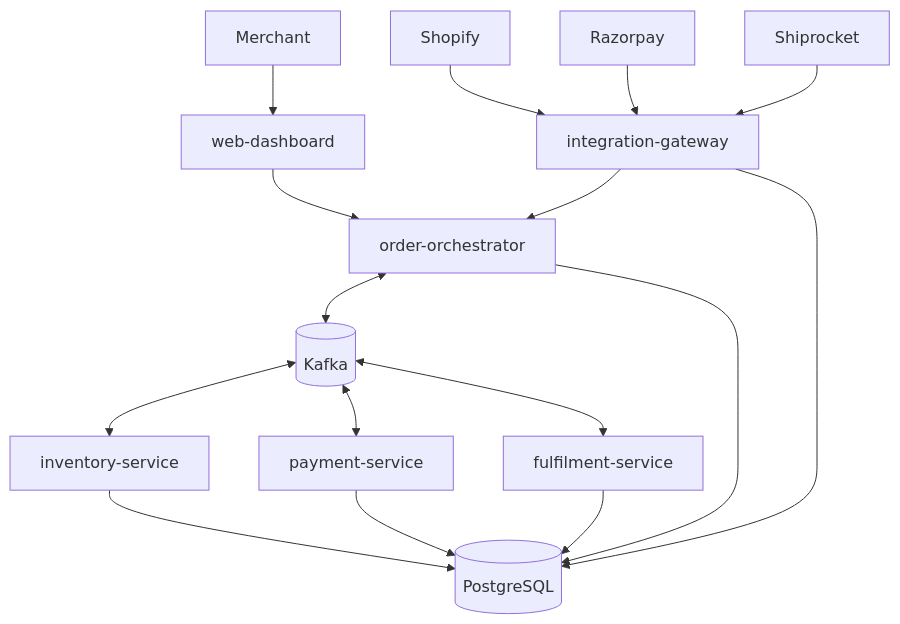
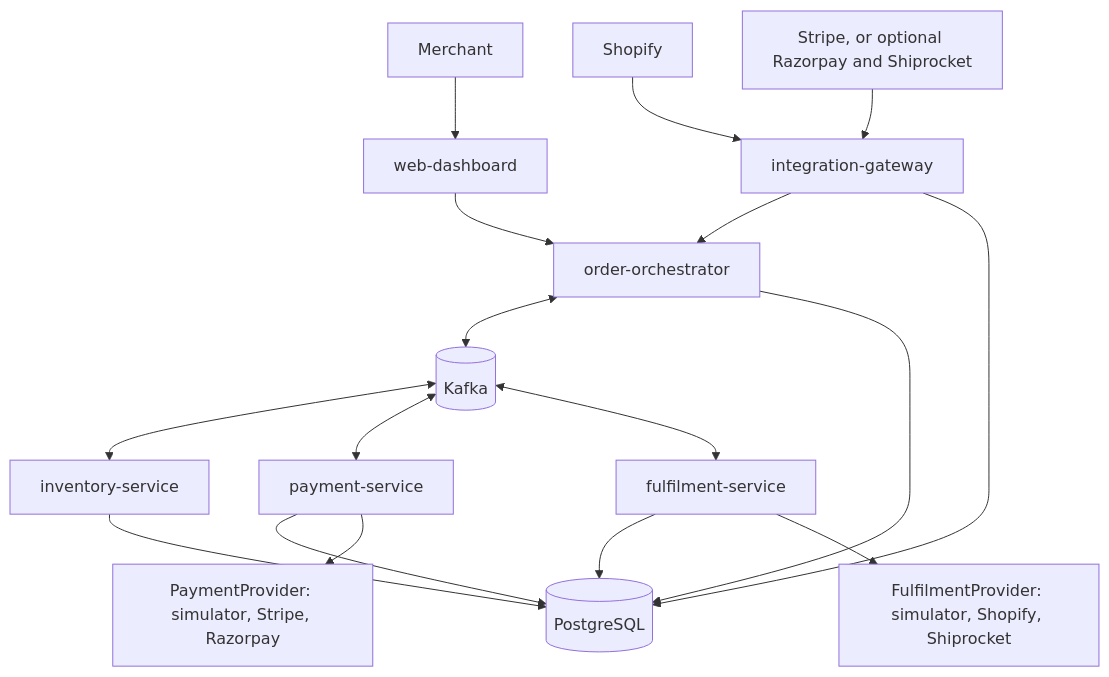
The diagram in docs/ARCHITECTURE.md (jagat546/orderloop), drawn with Mermaid before and after one commit. The commit also changed other lines of this file and 26 other files, not shown here.

````diff
--- a/docs/ARCHITECTURE.md
+++ b/docs/ARCHITECTURE.md
@@ -5,18 +5,19 @@
 ```mermaid
 flowchart TD
   M[Merchant] --> D[web-dashboard]
   S[Shopify] --> G[integration-gateway]
-  R[Razorpay] --> G
-  C[Shiprocket] --> G
+  W[Stripe, or optional Razorpay and Shiprocket] --> G
   D --> O[order-orchestrator]
   G --> O
   O <--> K[(Kafka)]
   K <--> I[inventory-service]
   K <--> P[payment-service]
   K <--> F[fulfilment-service]
   I --> DB[(PostgreSQL)]
   P --> DB
   F --> DB
   O --> DB
   G --> DB
+  P --> PP[PaymentProvider: simulator, Stripe, Razorpay]
+  F --> FP[FulfilmentProvider: simulator, Shopify, Shiprocket]
 ```
````
